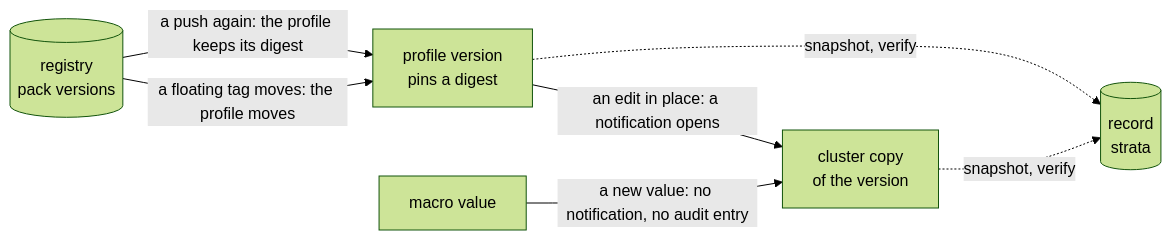
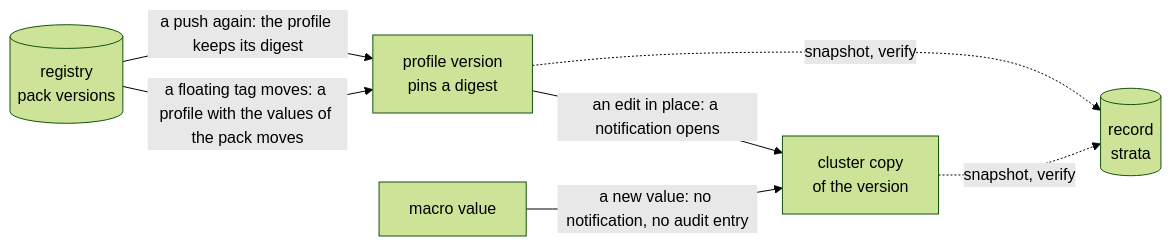
The diagram in docs/src/internals/palette.md (como-technologies/strata), drawn with Mermaid (forest theme) before and after one commit. The commit also changed 9 other files, not shown here.

````diff
--- a/docs/src/internals/palette.md
+++ b/docs/src/internals/palette.md
@@ -25,13 +25,13 @@
 ```mermaid
 flowchart LR
   registry[("registry<br/>pack versions")]
   version["profile version<br/>pins a digest"]
   copy["cluster copy<br/>of the version"]
   record[("record<br/>strata")]
   registry -- "a push again: the profile keeps its digest" --> version
-  registry -- "a floating tag moves: the profile moves" --> version
+  registry -- "a floating tag moves: a profile with the values of the pack moves" --> version
   version -- "an edit in place: a notification opens" --> copy
   version -. "snapshot, verify" .-> record
   copy -. "snapshot, verify" .-> record
   macro["macro value"] -- "a new value: no notification, no audit entry" --> copy
 ```
````
